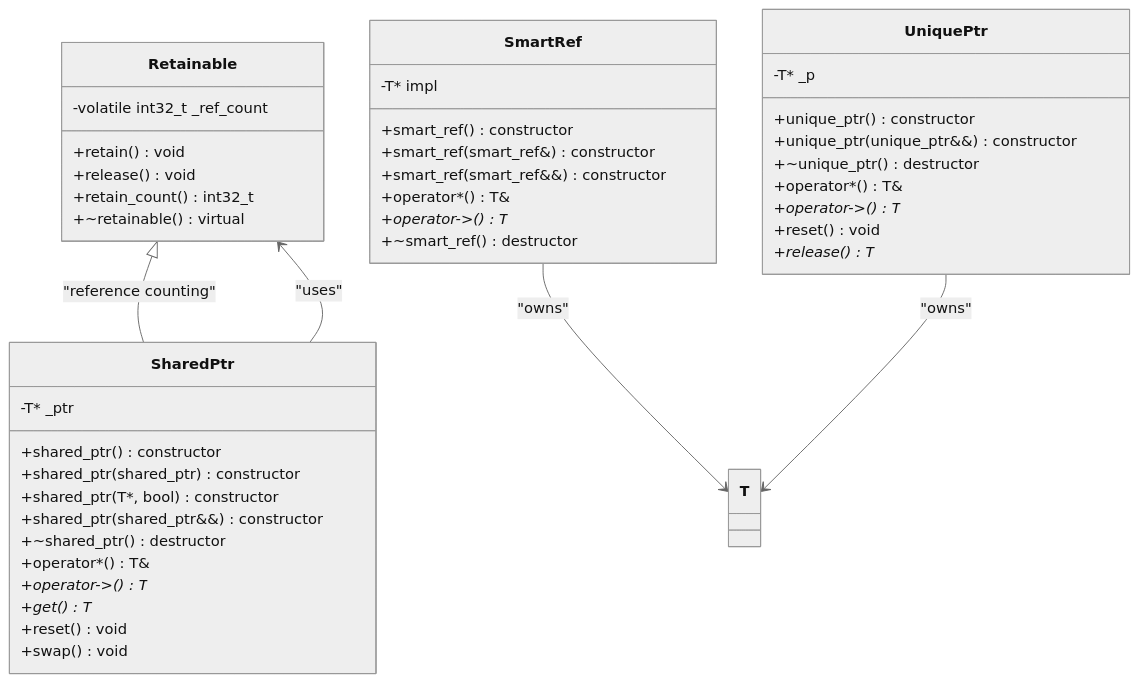
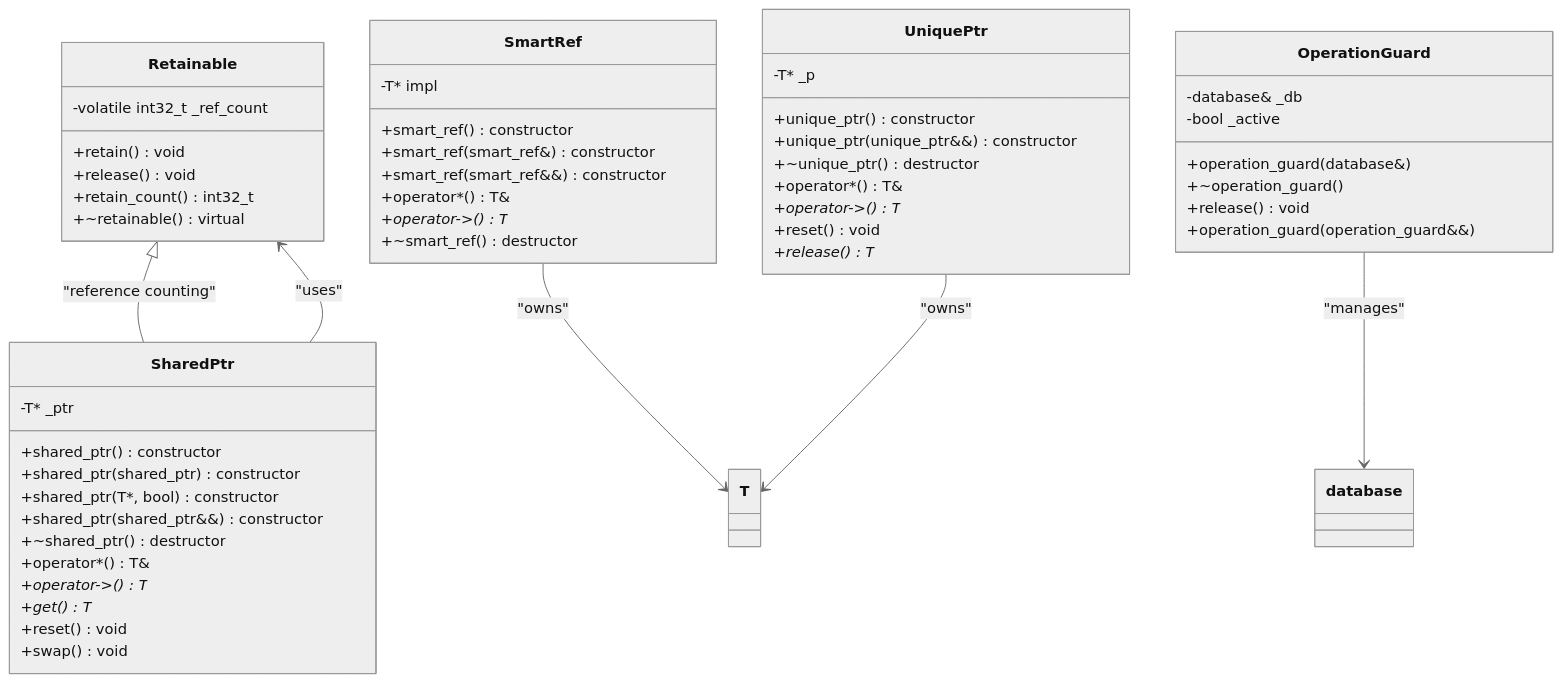
One commit to VIZ-Blockchain/viz-cpp-node changed the second of 11 diagrams in .qoder/repowiki/en/content/Architecture Overview/Core Libraries/Chain Library/Memory Management System.md. Above: the diagram before and after it, drawn with Mermaid (neutral theme). The commit also changed other lines of this file and 9 other files, not shown here.

````diff
--- a/.qoder/repowiki/en/content/Architecture Overview/Core Libraries/Chain Library/Memory Management System.md
+++ b/.qoder/repowiki/en/content/Architecture Overview/Core Libraries/Chain Library/Memory Management System.md
@@ -95,46 +118,55 @@
 ```mermaid
 classDiagram
 class Retainable {
 -volatile int32_t _ref_count
 +retain() void
 +release() void
 +retain_count() int32_t
 +~retainable() virtual
 }
 class SharedPtr {
 -T* _ptr
 +shared_ptr() constructor
 +shared_ptr(shared_ptr) constructor
 +shared_ptr(T*, bool) constructor
 +shared_ptr(shared_ptr&&) constructor
 +~shared_ptr() destructor
 +operator*() T&
 +operator->() T*
 +get() T*
 +reset() void
 +swap() void
 }
 class SmartRef {
 -T* impl
 +smart_ref() constructor
 +smart_ref(smart_ref&) constructor
 +smart_ref(smart_ref&&) constructor
 +operator*() T&
 +operator->() T*
 +~smart_ref() destructor
 }
 class UniquePtr {
 -T* _p
 +unique_ptr() constructor
 +unique_ptr(unique_ptr&&) constructor
 +~unique_ptr() destructor
 +operator*() T&
 +operator->() T*
 +reset() void
 +release() T*
 }
+class OperationGuard {
+-database& _db
+-bool _active
++operation_guard(database&)
++~operation_guard()
++release() void
++operation_guard(operation_guard&&)
+}
 Retainable <|-- SharedPtr : "reference counting"
 SharedPtr --> Retainable : "uses"
 SmartRef --> T : "owns"
 UniquePtr --> T : "owns"
+OperationGuard --> database : "manages"
 ```
````
